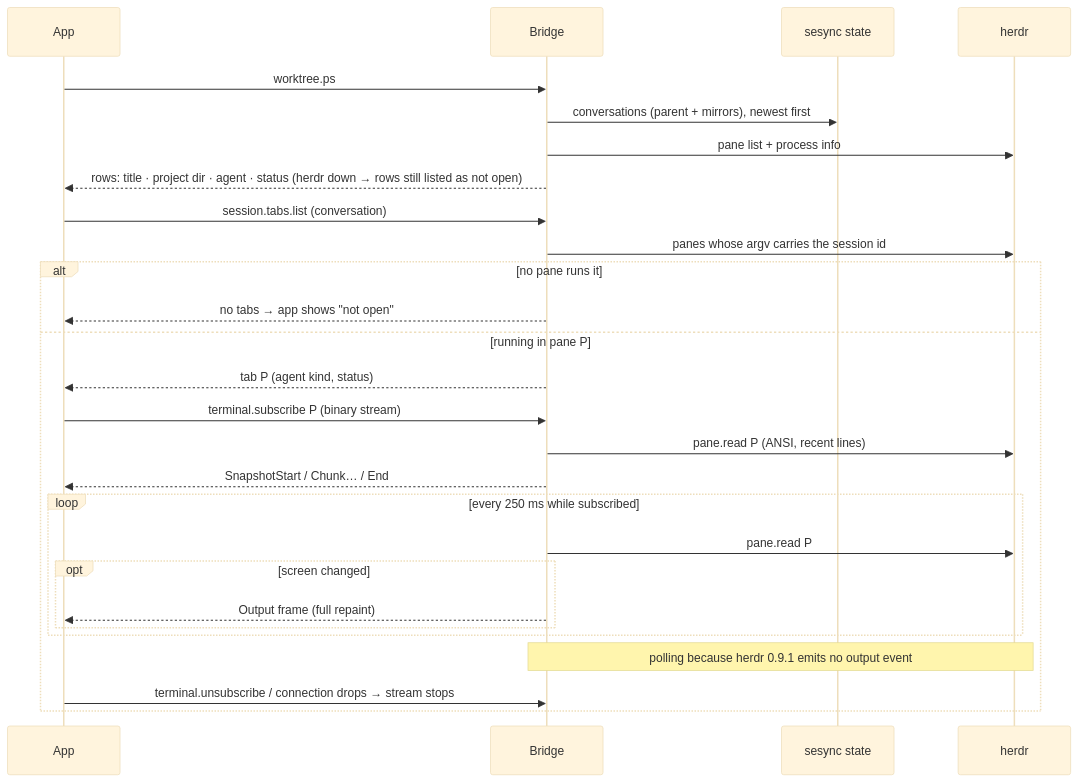
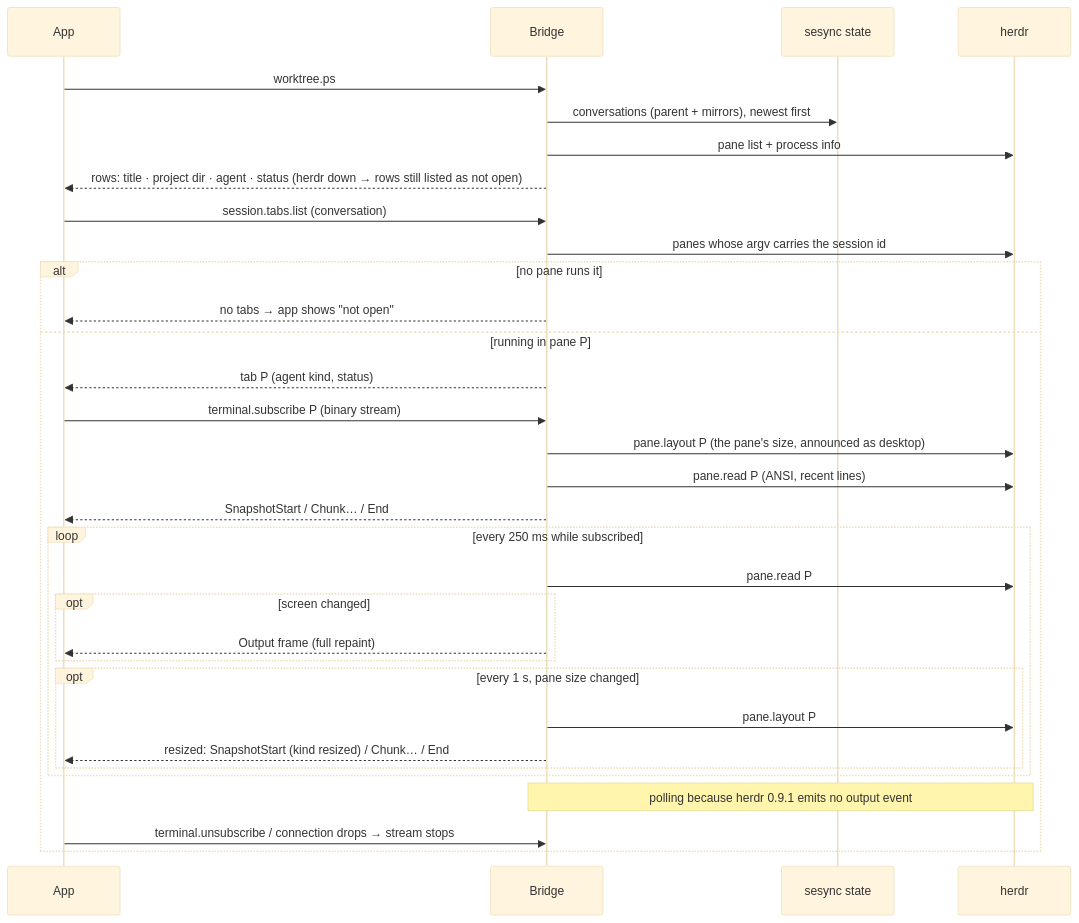
Before and after one commit to y0c0ms/sesync: diagram 12 of 20 in docs/PROCESSES.md, drawn with Mermaid (base theme). The commit also changed 5 other files, not shown here.

First line of the commit message:
bridge: a terminal is shown at its pane's real size, not the phone's viewport

````diff
--- a/docs/PROCESSES.md
+++ b/docs/PROCESSES.md
@@ -349,29 +349,34 @@
 ```mermaid
 sequenceDiagram
   participant App as App
   participant BR as Bridge
   participant SS as sesync state
   participant H as herdr
   App->>BR: worktree.ps
   BR->>SS: conversations (parent + mirrors), newest first
   BR->>H: pane list + process info
   BR-->>App: rows: title · project dir · agent · status (herdr down → rows still listed as not open)
   App->>BR: session.tabs.list (conversation)
   BR->>H: panes whose argv carries the session id
   alt no pane runs it
     BR-->>App: no tabs → app shows "not open"
   else running in pane P
     BR-->>App: tab P (agent kind, status)
     App->>BR: terminal.subscribe P (binary stream)
+    BR->>H: pane.layout P (the pane's size, announced as desktop)
     BR->>H: pane.read P (ANSI, recent lines)
     BR-->>App: SnapshotStart / Chunk… / End
     loop every 250 ms while subscribed
       BR->>H: pane.read P
       opt screen changed
         BR-->>App: Output frame (full repaint)
       end
+      opt every 1 s, pane size changed
+        BR->>H: pane.layout P
+        BR-->>App: resized: SnapshotStart (kind resized) / Chunk… / End
+      end
     end
     Note over BR,H: polling because herdr 0.9.1 emits no output event
     App->>BR: terminal.unsubscribe / connection drops → stream stops
   end
 ```
````
